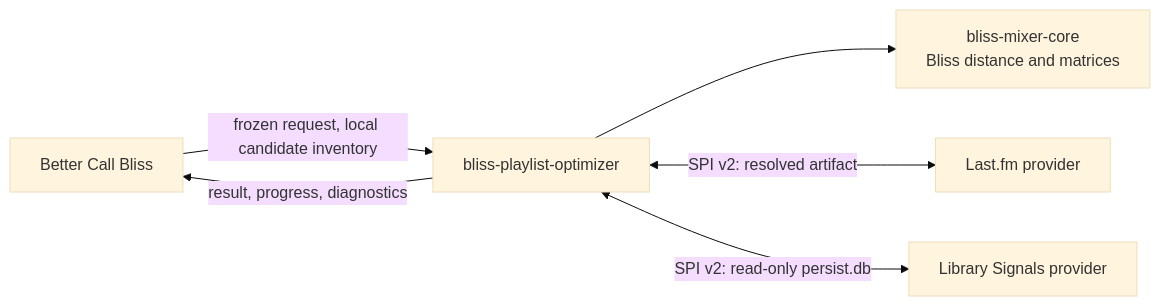
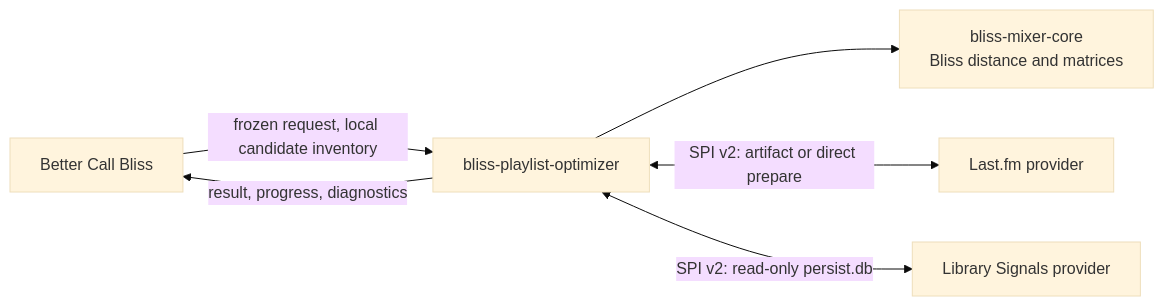
The diagram in README.md (chrober/bliss-playlist-optimizer), drawn with Mermaid (base theme) before and after one commit. The commit also changed other lines of this file and 4 other files, not shown here.

````diff
--- a/README.md
+++ b/README.md
@@ -34,8 +34,8 @@
 ```mermaid
 flowchart LR
     B[Better Call Bliss] -->|frozen request, local candidate inventory| O[bliss-playlist-optimizer]
     O --> C[bliss-mixer-core\nBliss distance and matrices]
-    O <-->|SPI v2: resolved artifact| L[Last.fm provider]
+    O <-->|SPI v2: artifact or direct prepare| L[Last.fm provider]
     O <-->|SPI v2: read-only persist.db| P[Library Signals provider]
     O -->|result, progress, diagnostics| B
 ```
````
